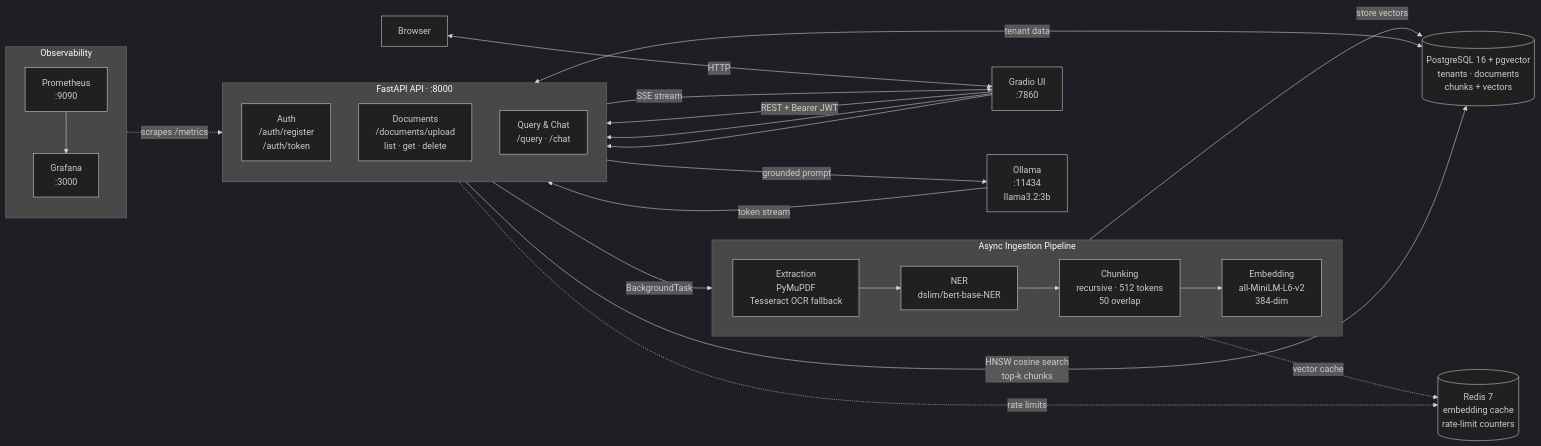
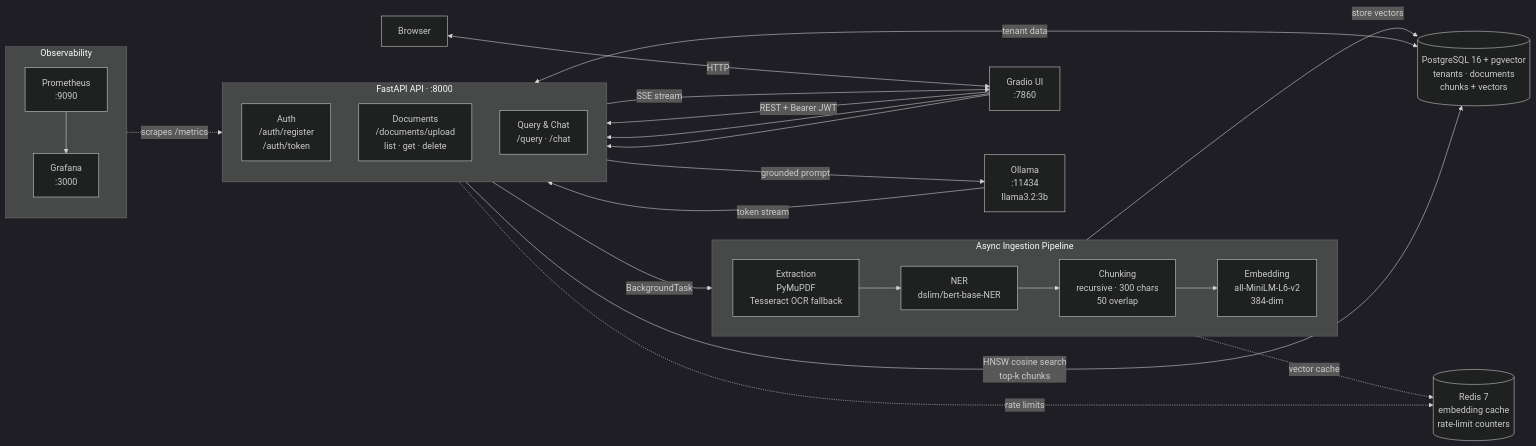
Before and after one commit to luka-maric/local-rag-api: the diagram in README.md, drawn with Mermaid (dark theme). The commit also changed other lines of this file, not shown here.

Commit message:
fix README config vars and chunking params

````diff
--- a/README.md
+++ b/README.md
@@ -43,58 +43,58 @@
 ```mermaid
 flowchart LR
 
 Browser["Browser"]
 UI["Gradio UI<br>:7860"]
 
 Browser <-->|HTTP| UI
 
 subgraph API["FastAPI API · :8000"]
     direction TB
     Auth["Auth<br>/auth/register<br>/auth/token"]
     Docs["Documents<br>/documents/upload<br>list · get · delete"]
     Chat["Query & Chat<br>/query · /chat"]
 end
 
 UI -->|REST + Bearer JWT| Auth
 UI --> Docs
 UI --> Chat
 
 subgraph Pipeline["Async Ingestion Pipeline"]
     direction LR
     Extract["Extraction<br>PyMuPDF<br>Tesseract OCR fallback"]
     NER["NER<br>dslim/bert-base-NER"]
-    Chunk["Chunking<br>recursive · 512 tokens<br>50 overlap"]
+    Chunk["Chunking<br>recursive · 300 chars<br>50 overlap"]
     Embed["Embedding<br>all-MiniLM-L6-v2<br>384-dim"]
 
     Extract --> NER --> Chunk --> Embed
 end
 
 Docs -->|BackgroundTask| Extract
 
 PG[("PostgreSQL 16 + pgvector<br>tenants · documents<br>chunks + vectors")]
 Redis[("Redis 7<br>embedding cache<br>rate-limit counters")]
 
 Auth <-->|tenant data| PG
 Auth -.->|rate limits| Redis
 
 Embed -->|store vectors| PG
 Embed -.->|vector cache| Redis
 
 Chat -->|HNSW cosine search<br>top-k chunks| PG
 
 LLM["Ollama<br>:11434<br>llama3.2:3b"]
 
 Chat -->|grounded prompt| LLM
 LLM -->|token stream| Chat
 Chat -->|SSE stream| UI
 
 subgraph Observability
     direction TB
     Prometheus["Prometheus<br>:9090"]
     Grafana["Grafana<br>:3000"]
 end
 
 Prometheus --> Grafana
 Prometheus -.->|scrapes /metrics| API
 
 ```
````
